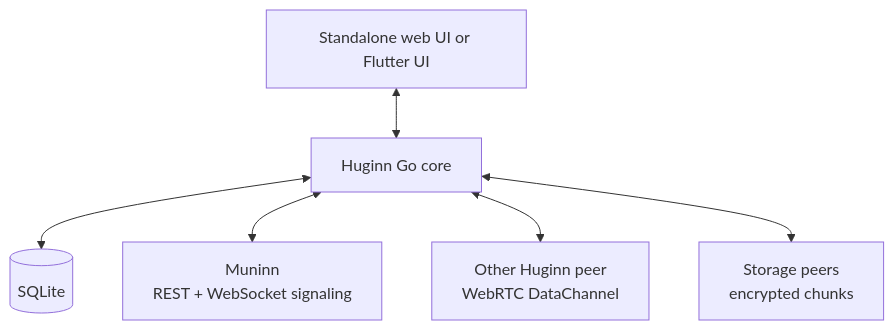
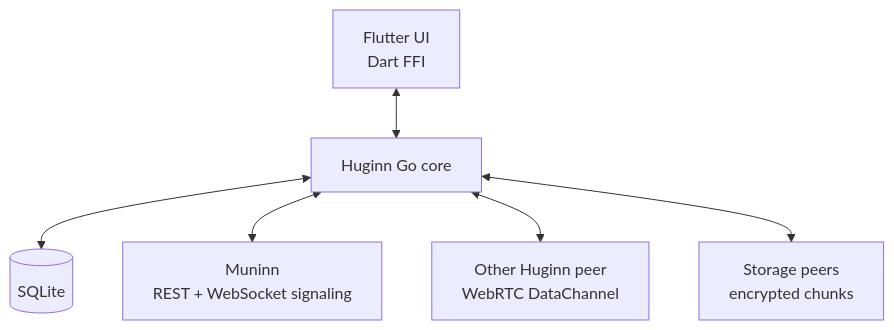
Before and after one commit to killbane1232/huginn-messenger: the diagram in README.md, drawn with Mermaid. The commit also changed other lines of this file and 13 other files, not shown here.

````diff
--- a/README.md
+++ b/README.md
@@ -26,15 +25,15 @@
 ```mermaid
 flowchart TB
-    UI[Standalone web UI or Flutter UI]
+    UI[Flutter UI<br/>Dart FFI]
     Core[Huginn Go core]
     DB[(SQLite)]
     Muninn[Muninn<br/>REST + WebSocket signaling]
     Peer[Other Huginn peer<br/>WebRTC DataChannel]
     Storage[Storage peers<br/>encrypted chunks]
 
     UI <--> Core
     Core <--> DB
     Core <--> Muninn
     Core <--> Peer
     Core <--> Storage
 ```
````
